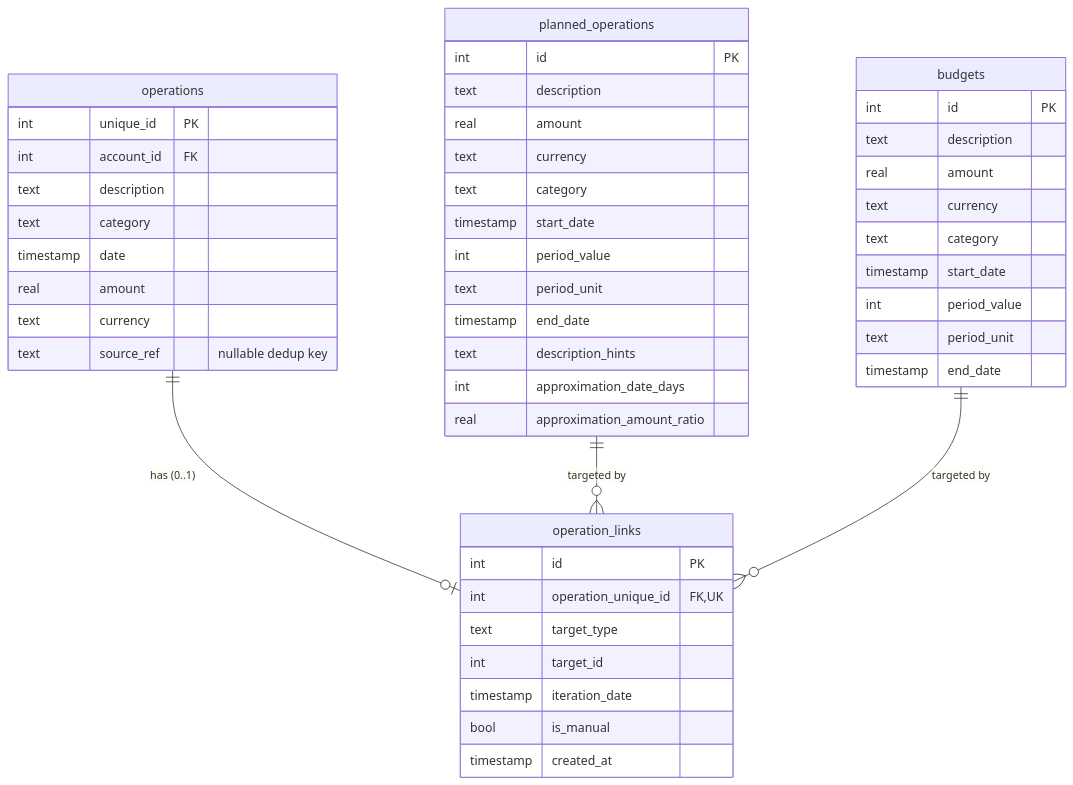
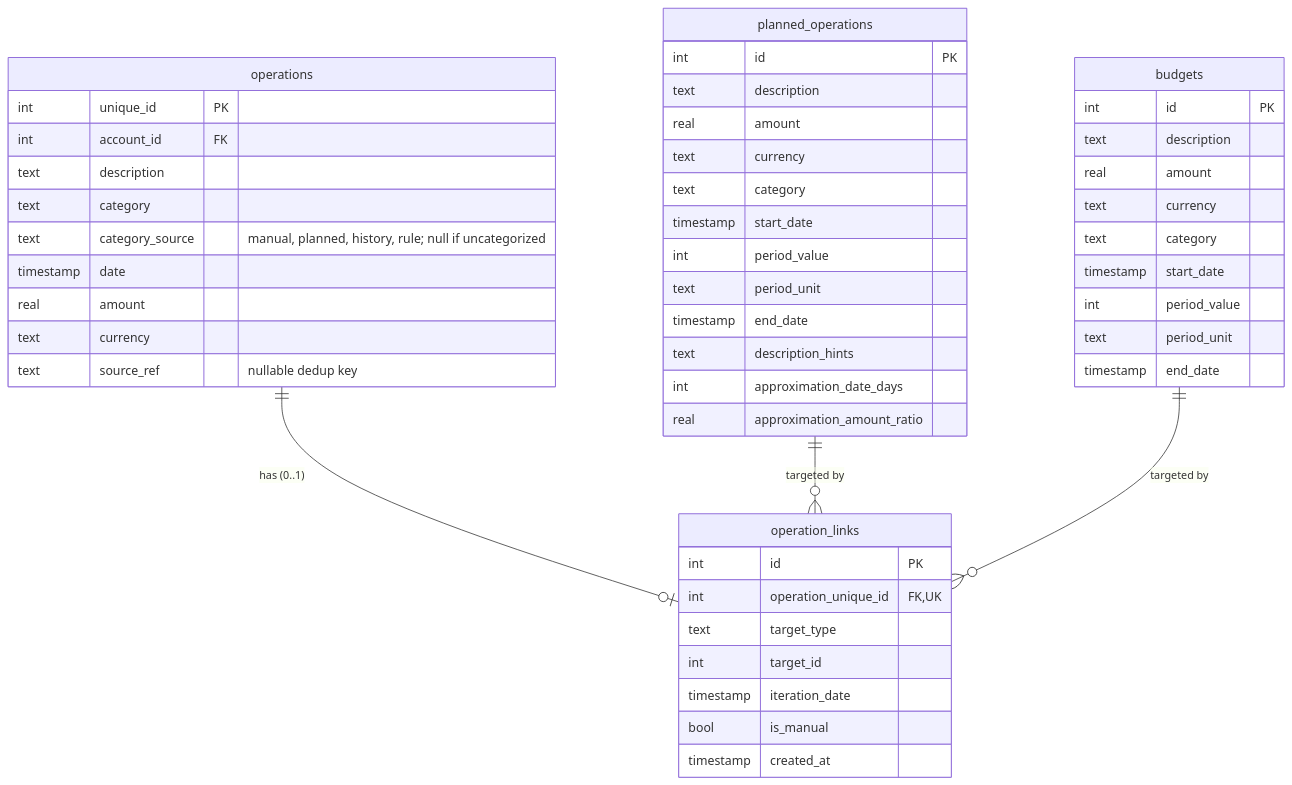
The second of 3 diagrams in docs/dev/persistence.md (corentin-core/budget-forecaster), drawn with Mermaid before and after one commit. The commit also changed other lines of this file and 36 other files, not shown here.

````diff
--- a/docs/dev/persistence.md
+++ b/docs/dev/persistence.md
@@ -63,54 +63,55 @@
 ```mermaid
 erDiagram
     operations {
         int unique_id PK
         int account_id FK
         text description
         text category
+        text category_source "manual, planned, history, rule; null if uncategorized"
         timestamp date
         real amount
         text currency
         text source_ref "nullable dedup key"
     }
 
     planned_operations {
         int id PK
         text description
         real amount
         text currency
         text category
         timestamp start_date
         int period_value
         text period_unit
         timestamp end_date
         text description_hints
         int approximation_date_days
         real approximation_amount_ratio
     }
 
     budgets {
         int id PK
         text description
         real amount
         text currency
         text category
         timestamp start_date
         int period_value
         text period_unit
         timestamp end_date
     }
 
     operation_links {
         int id PK
         int operation_unique_id FK,UK
         text target_type
         int target_id
         timestamp iteration_date
         bool is_manual
         timestamp created_at
     }
 
     operations ||--o| operation_links : "has (0..1)"
     planned_operations ||--o{ operation_links : "targeted by"
     budgets ||--o{ operation_links : "targeted by"
 ```
````
